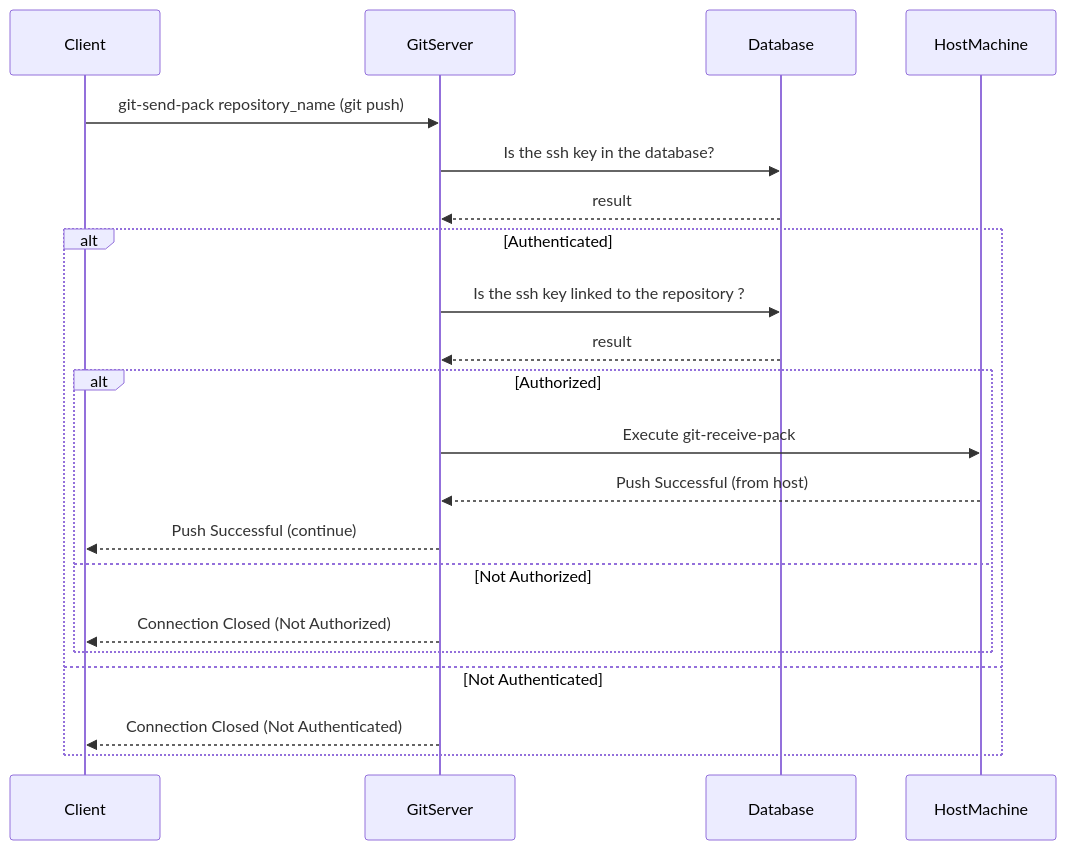
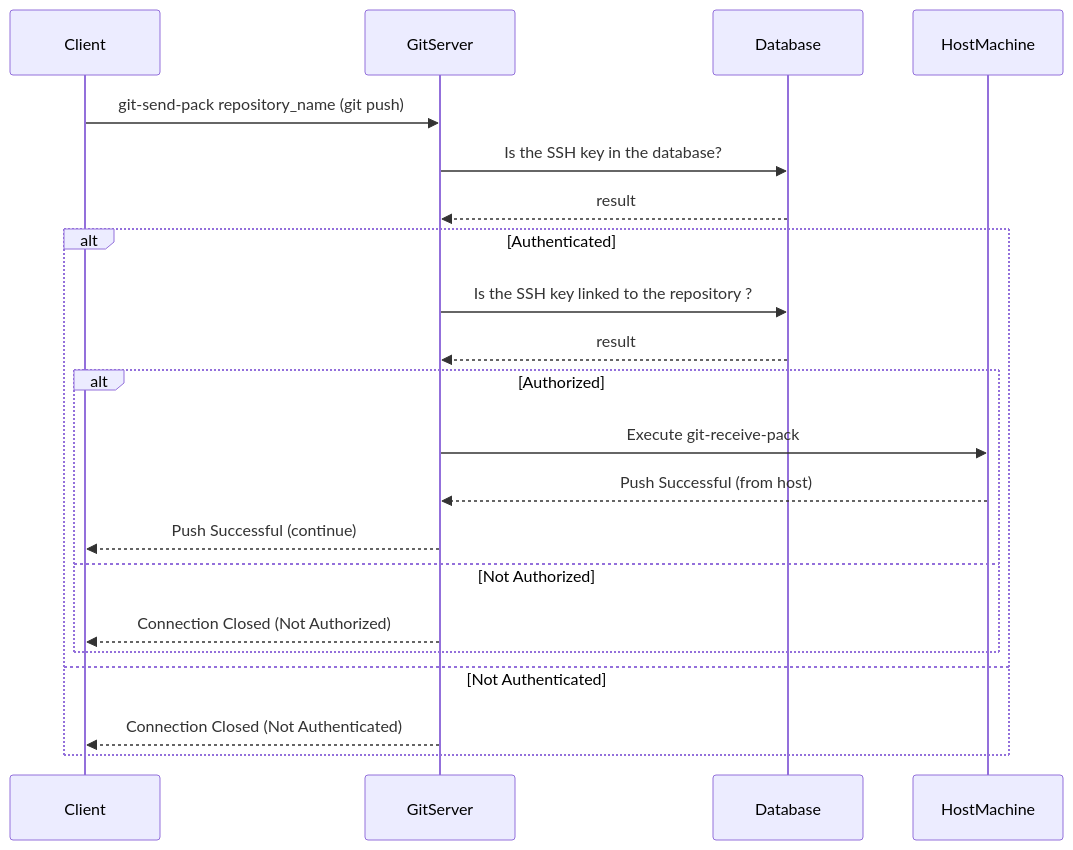
Before and after one commit to paastech-cloud/docs: the third of 3 diagrams in Architecture.md, drawn with Mermaid. The commit also changed other lines of this file, not shown here.

Commit message:
docs(git): fixes all around

````diff
--- a/Architecture.md
+++ b/Architecture.md
@@ -132,24 +148,24 @@
 ```mermaid
 sequenceDiagram
     participant Client
     participant GitServer
     participant Database
     participant HostMachine
 
     Client->>GitServer: git-send-pack repository_name (git push)
-    GitServer->>Database: Is the ssh key in the database?
+    GitServer->>Database: Is the SSH key in the database?
     Database-->>GitServer: result
     alt Authenticated
-        GitServer->>Database: Is the ssh key linked to the repository ?
+        GitServer->>Database: Is the SSH key linked to the repository ?
         Database-->>GitServer: result
         alt Authorized
             GitServer->>HostMachine: Execute git-receive-pack
             HostMachine-->>GitServer: Push Successful (from host)
             GitServer-->>Client: Push Successful (continue)
         else Not Authorized
             GitServer-->>Client: Connection Closed (Not Authorized)
         end
     else Not Authenticated
         GitServer-->>Client: Connection Closed (Not Authenticated)
     end
 ```
````
